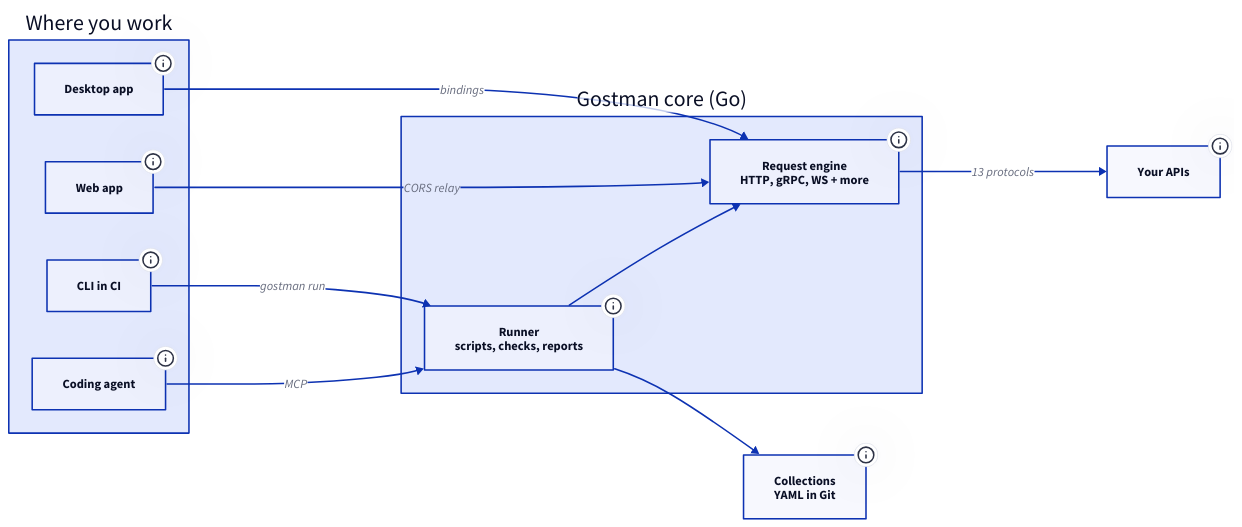
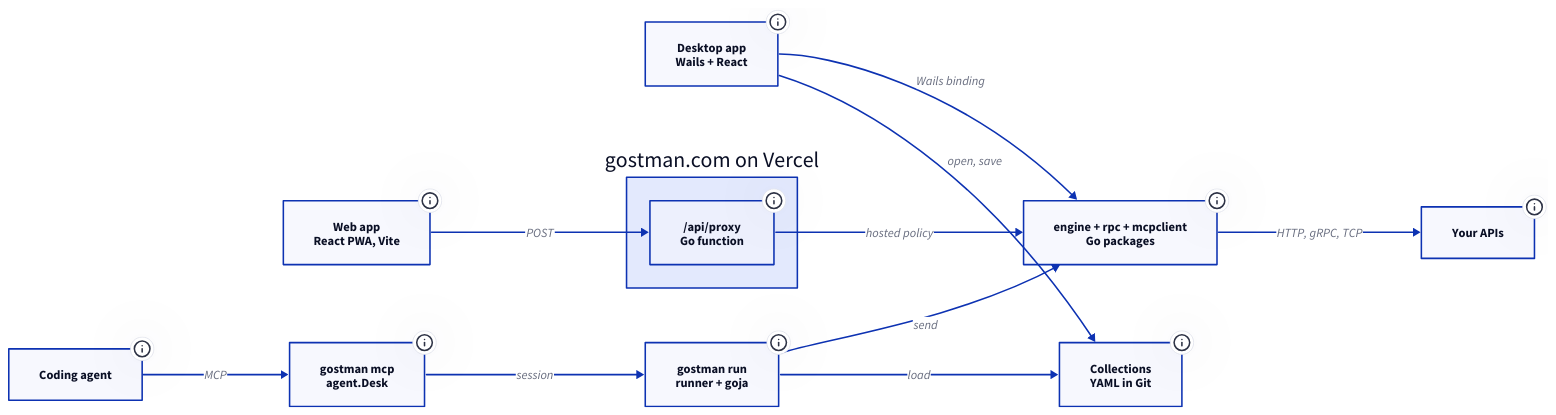
The diagram in data/projects/diagrams/gostman-system.d2 (kunalgoesbyken/portfoliov1), drawn with D2 before and after one commit. The commit also changed 54 other files, not shown here.

Commit message:
Describe each architecture from its codebase, add stack logos, drop redundant stats and card styling

```diff
--- a/data/projects/diagrams/gostman-system.d2
+++ b/data/projects/diagrams/gostman-system.d2
@@ -1,51 +1,59 @@
 direction: right
 
-clients: Where you work {
+desktop: Desktop app\nWails + React {
+  class: client
+  tooltip: "A Wails shell around the React UI. App.SendRequest in gostman-gui/app.go calls engine.Send in the same process, so there is no network hop and no CORS. It also reads and saves the workspace folder and starts the mock server and traffic capture."
+}
+
+web: Web app\nReact PWA, Vite {
+  class: client
+  tooltip: "The same React UI built with the web Vite config. lib/backend/web.js posts every request to /api/proxy, because browsers block cross-origin calls. WebSocket traffic goes straight from the browser, and scripts run in a fresh Web Worker each."
+}
+
+hosted: gostman.com on Vercel {
   class: zone
-  desktop: Desktop app {
-    class: client
-    tooltip: "Wails shell around the React UI. It calls the Go engine through in-process bindings, so requests skip the network hop and CORS entirely. 23.7 MB executable, window up in about a second."
-  }
-  web: Web app {
-    class: client
-    tooltip: "The same React UI built with Vite as an installable PWA. Browsers block cross-origin calls, so requests go through a small Go relay on Vercel or a local gostman relay. Script checks run in a fresh Web Worker per script."
-  }
-  cli: CLI in CI {
-    class: client
-    tooltip: "gostman run executes a whole collection folder on every pull request and exits non-zero on a failed check. Text, JUnit, JSON and HTML reporters plug into any CI."
-  }
-  agent: Coding agent {
-    class: model
-    tooltip: "Claude Code, Codex or Cursor talk to gostman mcp over the Model Context Protocol: 15 tools such as send_request and run_folder. Secrets are filled in inside Gostman and scrubbed from every response in raw, URL-encoded, base64 and JSON-escaped form, so the agent never sees a token."
+  proxy: /api/proxy\nGo function {
+    class: service
+    tooltip: "api/proxy.go takes an engine.Request as JSON and returns an engine.Response. Its hosted policy blocks private addresses, cuts responses at 3 MB and caps timeouts at 30 s. The same handler runs in gostman relay and gostman serve."
   }
 }
 
-core: Gostman core (Go) {
-  class: zone
-  runner: Runner\nscripts, checks, reports {
-    class: service
-    tooltip: "Builds a run plan (filters, tags, data rows, iterations, parallelism), sends each request, applies extract rules, runs scripts in goja and writes reports. Pooling pre-booted script runtimes took a 400-request run from 3.9 s to 1.2 s and cut allocations by 74 percent."
-  }
-  engine: Request engine\nHTTP, gRPC, WS + more {
-    class: service
-    tooltip: "One Go package owns variables, auth, body encoding, cookies, redirects, proxies and TLS for REST, GraphQL, gRPC, WebSocket, Socket.IO, MQTT, SignalR, SSE, SOAP, MCP, TCP, UDP and NATS. Every surface calls it, so a request behaves the same everywhere."
-  }
-  runner -> engine
+runner: gostman run\nrunner + goja {
+  class: service
+  tooltip: "The Go runner package loads a collection, plans the run, and calls the bundled JavaScript inside goja for scripts, checks and extract rules. It sends through the engine, rpc or mcpclient and returns a report with an exit code."
+}
+
+mcp: gostman mcp\nagent.Desk {
+  class: service
+  tooltip: "Serves 17 tools such as send_request and run_folder over stdio or loopback HTTP with a bearer token, plus one tool per request tagged with --expose-tag. It wraps a runner session, fills secrets in only for hosts your own requests already call, and scrubs them from every reply."
+}
+
+agent: Coding agent {
+  class: model
+  tooltip: "Claude Code, Codex or Cursor, connected over the Model Context Protocol. It sees request ids, names and responses with secret values replaced by their names."
+}
+
+engine: engine + rpc + mcpclient\nGo packages {
+  class: service
+  tooltip: "engine prepares and sends requests: variables, auth, body encoding, cookies, redirects, proxies and certificates for HTTP, GraphQL, SOAP, SSE, TCP, UDP and NATS. rpc handles gRPC and mcpclient handles MCP servers. The engine keeps no state between requests."
 }
 
 files: Collections\nYAML in Git {
   class: store
-  tooltip: "A workspace is a folder of plain YAML, one file per request, committed next to the code. Tokens, cookies and history never land in it. A bounded reader pool opens 5,000 requests in 5.4 s, down from 14.8 s, with byte-identical output."
+  tooltip: "The workspace package reads a folder of plain YAML, one file per request. Tokens, cookies and history never go into it. A bounded reader pool opens 5,000 requests in 5.4 s, down from 14.8 s."
 }
 
 api: Your APIs {
   class: external
-  tooltip: "Any HTTP, gRPC, WebSocket or MQTT endpoint. Nothing else is contacted: no account, no telemetry, no vendor cloud."
+  tooltip: "Any HTTP, gRPC, WebSocket, MQTT or MCP endpoint. There is no account and no telemetry, so nothing else is contacted for requests."
 }
 
-clients.desktop -> core.engine: bindings
-clients.web -> core.engine: CORS relay
-clients.cli -> core.runner: gostman run
-clients.agent -> core.runner: MCP
-core.runner -> files
-core.engine -> api: 13 protocols
+desktop -> engine: Wails binding
+desktop -> files: open, save
+web -> hosted.proxy: POST
+hosted.proxy -> engine: hosted policy
+agent -> mcp: MCP
+mcp -> runner: session
+runner -> engine: send
+runner -> files: load
+engine -> api: HTTP, gRPC, TCP
```
